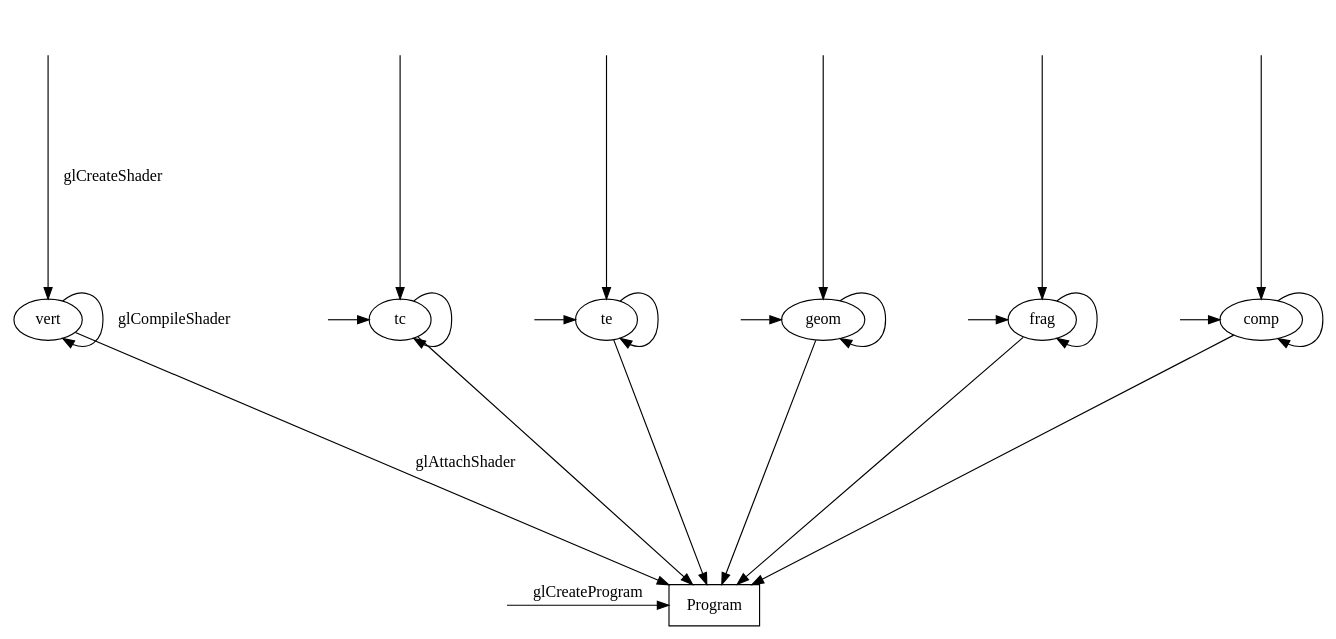
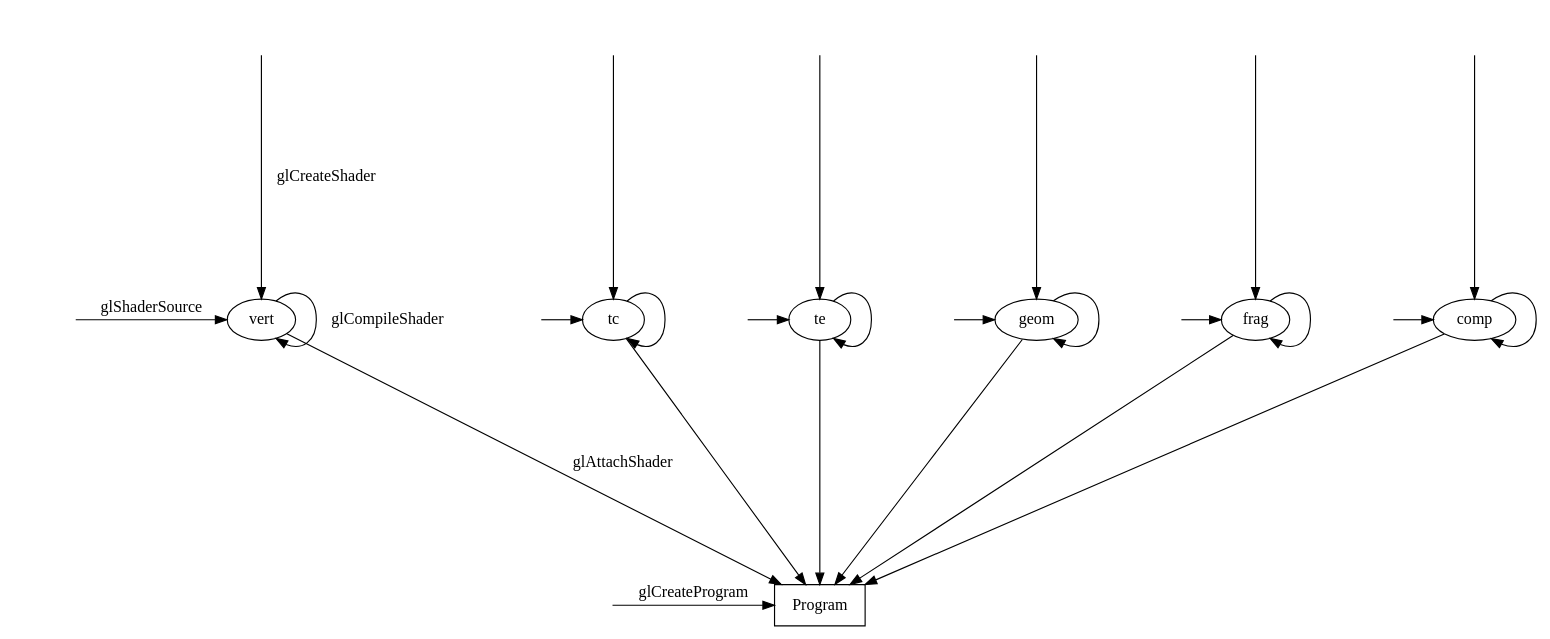
One commit to lucmann/lucmann.github.io changed the diagram in source/_posts/program-object/po.gv. Above: the diagram before and after it, drawn with Graphviz. The commit also changed 1 other file, not shown here.

```diff
--- a/source/_posts/program-object/po.gv
+++ b/source/_posts/program-object/po.gv
@@ -1,43 +1,45 @@
 digraph D {
 	ranksep = 2.75;
 
 	{
 		rank = same;
 		node [style="invis"];
 		o1, o2, o3, o4, o5, o6;
 	}
 
 	{
 		{
 			node [style="invis"];
-			i2, i3, i4, i5, i6;
+			i1, i2, i3, i4, i5, i6;
 		}
-		rank = same; i2; i3; i4; i5; i6; vert; tc; te; geom; frag; comp;
-
+		rank = same; i1; i2; i3; i4; i5; i6; vert; tc; te; geom; frag; comp;
+		
+		i1 -> vert [label="glShaderSource"];
 		i2 -> tc;
 		i3 -> te;
 		i4 -> geom;
 		i5 -> frag;
 		i6 -> comp;
 	}
 
 	o1 -> vert [label="glCreateShader"];
 	vert -> vert [label="glCompileShader"];
 	o2 -> tc -> tc;
 	o3 -> te -> te;
 	o4 -> geom -> geom;
 	o5 -> frag -> frag;
 	o6 -> comp -> comp;
 
 	
 	p [shape=box, label="Program"];
 
 	{
 		rank = same;
 		node [style="invis"];
 		o -> p [label="glCreateProgram"];
 	}
 
+	i1 -> p [style="invis"]; /* get nodes correctly positioned */
 	vert -> p [label="glAttachShader"];
 	{tc, te, geom, frag, comp} -> p;
 }
```
